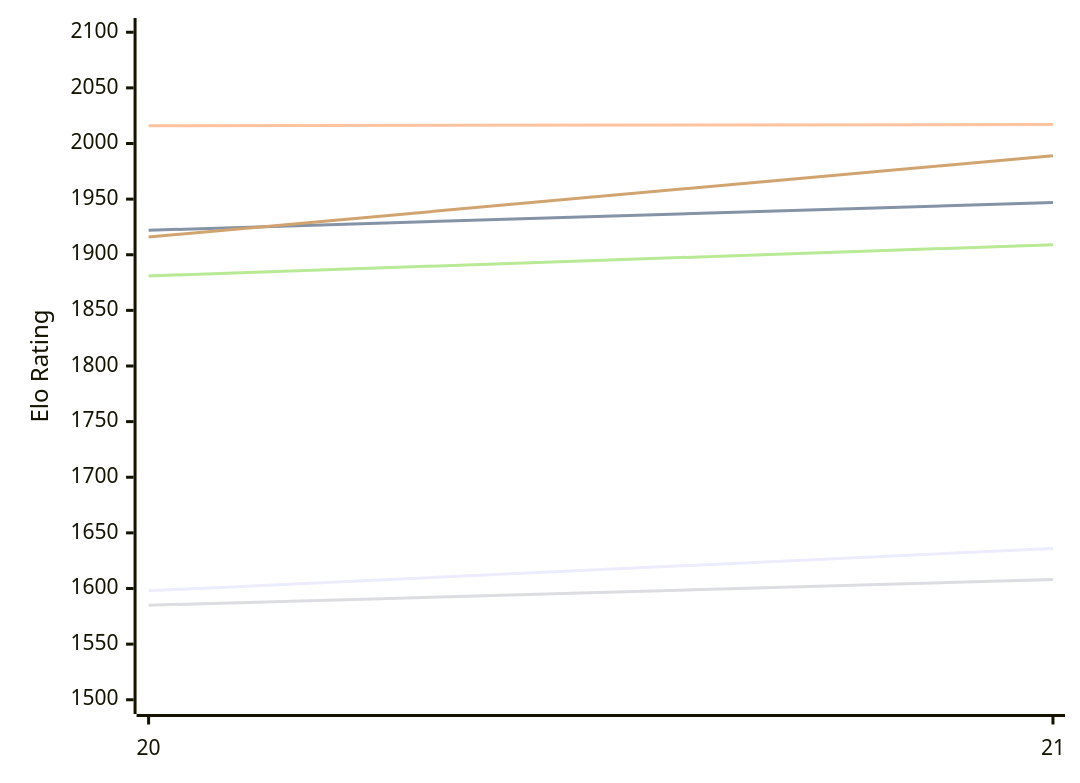
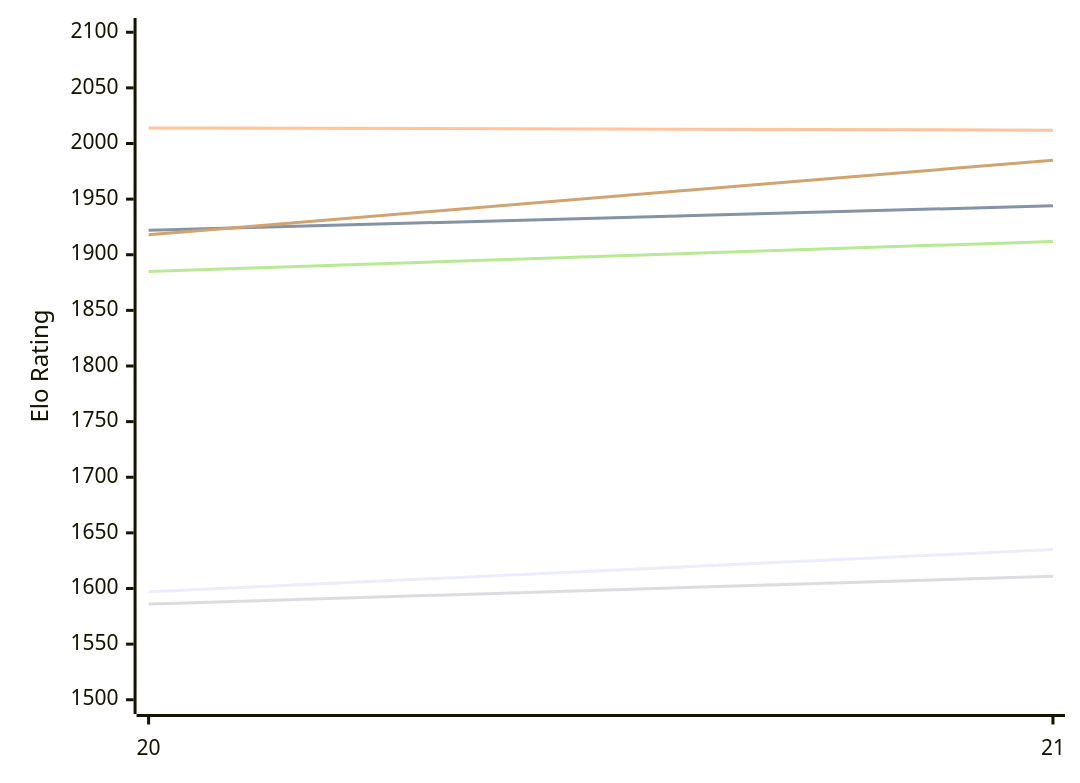
One commit to computer-chess-index/cci changed the first of 2 diagrams in engines/PurplePanda.md. Above: the diagram before and after it, drawn with Mermaid. The commit also changed other lines of this file, not shown here.

Commit message:
Update CCI Ratings (ELO VLTC) - 2026-11-23

````diff
--- a/engines/PurplePanda.md
+++ b/engines/PurplePanda.md
@@ -50,12 +50,12 @@
 ```mermaid
 %%{init: {"theme":"base","themeVariables":{"seriesColors:['#a3a3a3','#222221','#faa371']}}}%%
 xychart-beta
   x-axis ["20", "21"]
   y-axis "Elo Rating" 1500 --> 2100
-  line "E1: STC (8.0+0.08s)" [1598, 1636]
-  line "E1: LTC (60.0+0.60s)" [1922, 1947]
-  line "E1: VLTC (2m24s+1.12s)" [2016, 2017]
-  line "P1: STC (8.0+0.08s)" [1585, 1608]
-  line "P1: LTC (60.0+0.60s)" [1881, 1909]
-  line "P1: VLTC (2m24s+1.12s)" [1916, 1989]
+  line "E1: STC (8.0+0.08s)" [1597, 1635]
+  line "E1: LTC (60.0+0.60s)" [1922, 1944]
+  line "E1: VLTC (2m24s+1.12s)" [2014, 2012]
+  line "P1: STC (8.0+0.08s)" [1586, 1611]
+  line "P1: LTC (60.0+0.60s)" [1885, 1912]
+  line "P1: VLTC (2m24s+1.12s)" [1918, 1985]
 ```
````
